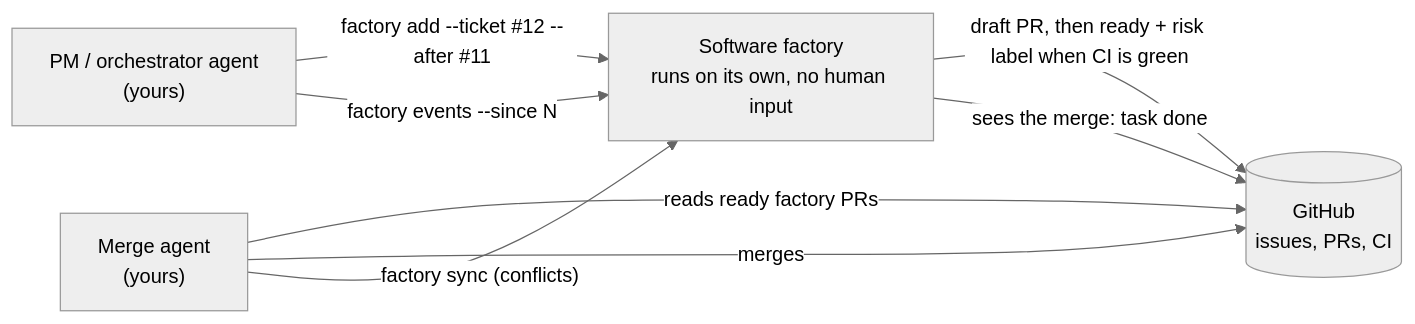
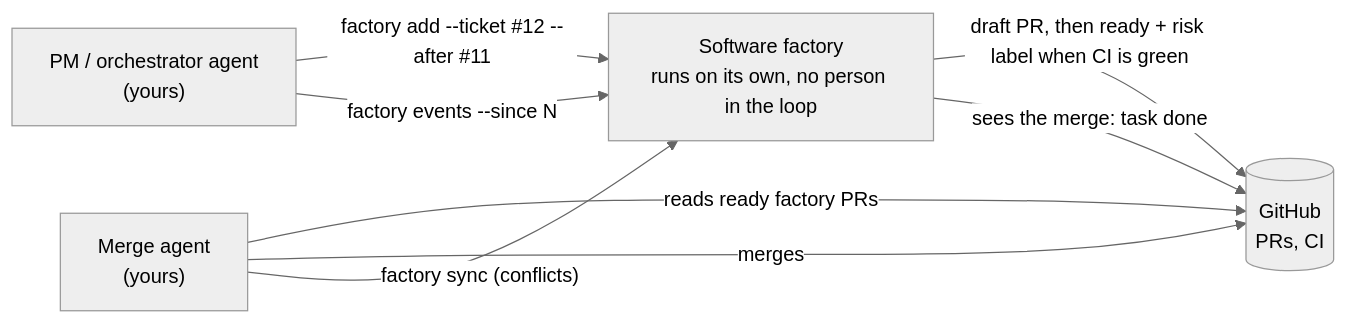
Before and after one commit to s-palmer/software-factory: the diagram in docs/INTERFACE.md, drawn with Mermaid (neutral theme). The commit also changed other lines of this file and 26 other files, not shown here.

````diff
--- a/docs/INTERFACE.md
+++ b/docs/INTERFACE.md
@@ -7,15 +7,15 @@
 ```mermaid
 flowchart LR
     PM["PM / orchestrator agent<br/>(yours)"]
-    F["Software factory<br/>runs on its own, no human input"]
-    GH[("GitHub<br/>issues, PRs, CI")]
+    F["Software factory<br/>runs on its own, no person in the loop"]
+    GH[("GitHub<br/>PRs, CI")]
     M["Merge agent<br/>(yours)"]
 
     PM -- "factory add --ticket #12 --after #11" --> F
     PM -- "factory events --since N" --> F
     F -- "draft PR, then ready + risk label when CI is green" --> GH
     M -- "reads ready factory PRs" --> GH
     M -- "merges" --> GH
     M -- "factory sync <task> (conflicts)" --> F
     F -- "sees the merge: task done" --> GH
 ```
````
